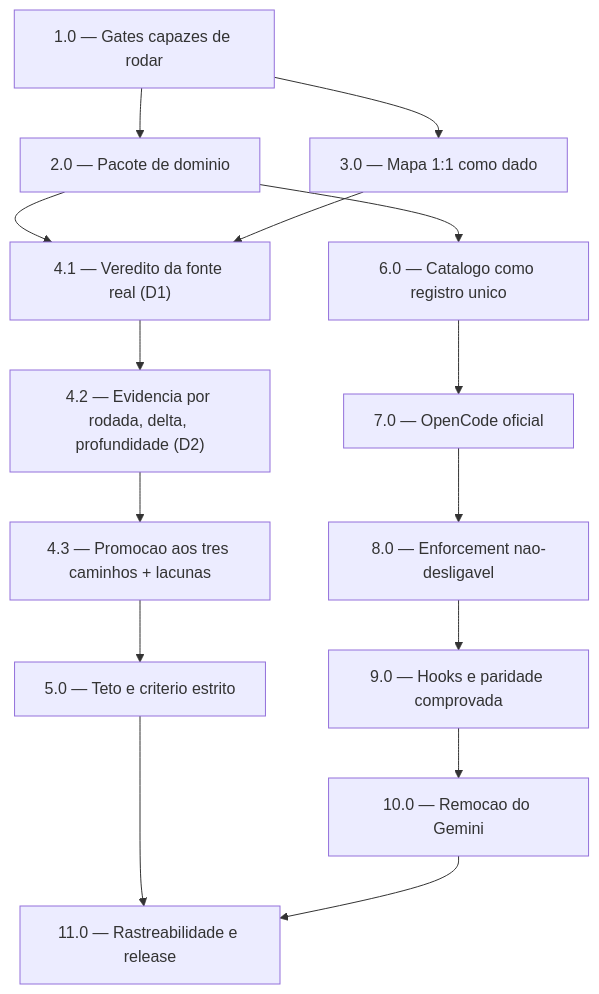
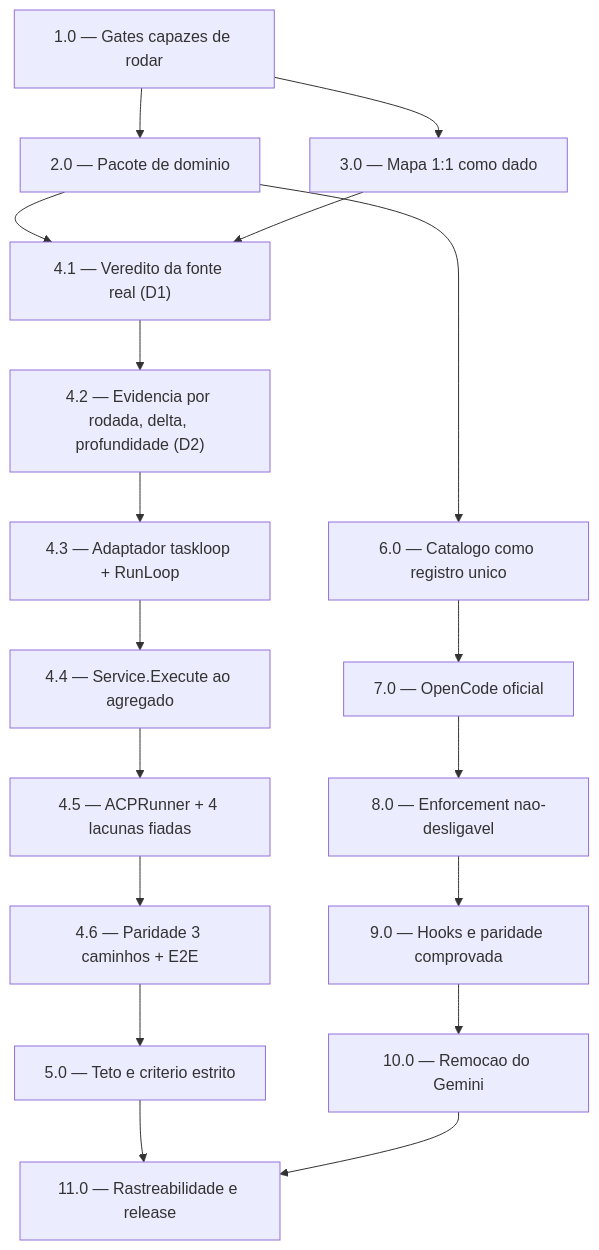
Before and after one commit to JailtonJunior94/orchestrator: the diagram in .specs/prd-harness-quatro-clis-loop-aprovacao/tasks.md, drawn with Mermaid. The commit also changed other lines of this file and 6 other files, not shown here.

````diff
--- a/.specs/prd-harness-quatro-clis-loop-aprovacao/tasks.md
+++ b/.specs/prd-harness-quatro-clis-loop-aprovacao/tasks.md
@@ -131,30 +142,36 @@
 ```mermaid
 graph TD
     T1["1.0 — Gates capazes de rodar"]
     T2["2.0 — Pacote de dominio"]
     T3["3.0 — Mapa 1:1 como dado"]
     T41["4.1 — Veredito da fonte real (D1)"]
     T42["4.2 — Evidencia por rodada, delta, profundidade (D2)"]
-    T43["4.3 — Promocao aos tres caminhos + lacunas"]
+    T43["4.3 — Adaptador taskloop + RunLoop"]
+    T44["4.4 — Service.Execute ao agregado"]
+    T45["4.5 — ACPRunner + 4 lacunas fiadas"]
+    T46["4.6 — Paridade 3 caminhos + E2E"]
     T5["5.0 — Teto e criterio estrito"]
     T6["6.0 — Catalogo como registro unico"]
     T7["7.0 — OpenCode oficial"]
     T8["8.0 — Enforcement nao-desligavel"]
     T9["9.0 — Hooks e paridade comprovada"]
     T10["10.0 — Remocao do Gemini"]
     T11["11.0 — Rastreabilidade e release"]
     T1 --> T2
     T1 --> T3
     T2 --> T41
     T3 --> T41
     T41 --> T42
     T42 --> T43
-    T43 --> T5
+    T43 --> T44
+    T44 --> T45
+    T45 --> T46
+    T46 --> T5
     T2 --> T6
     T6 --> T7
     T7 --> T8
     T8 --> T9
     T9 --> T10
     T5 --> T11
     T10 --> T11
 ```
````
